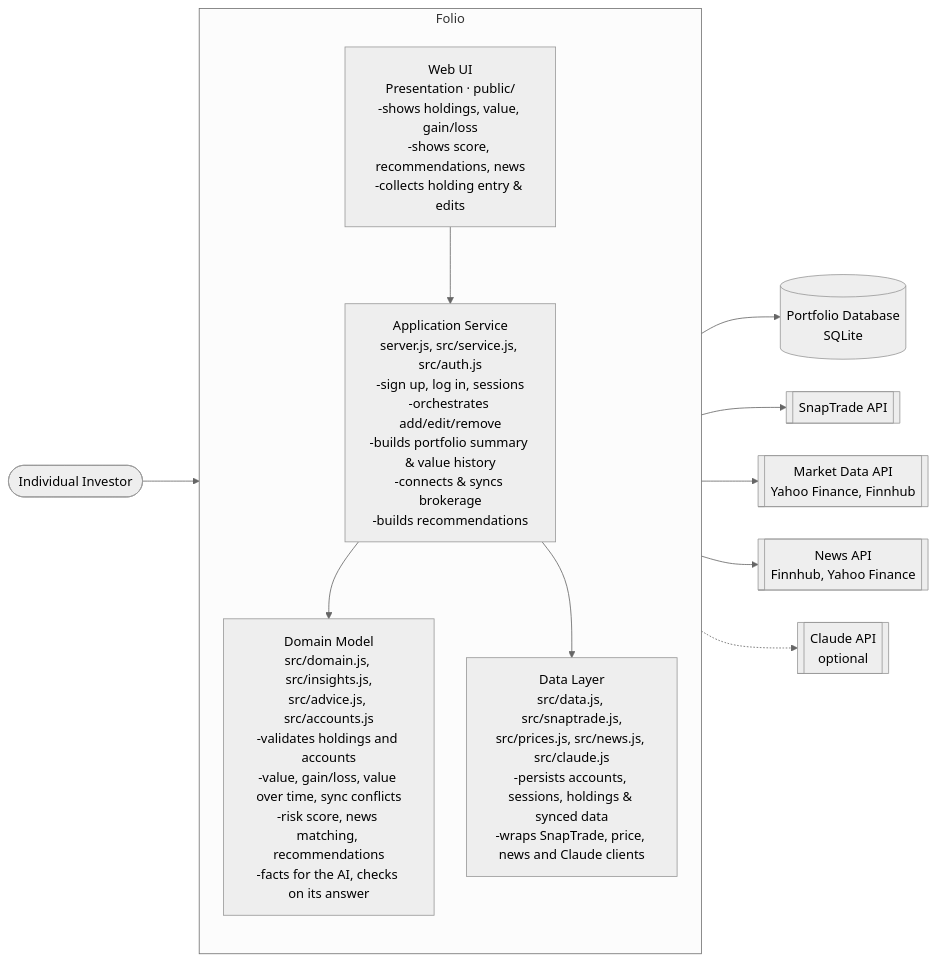
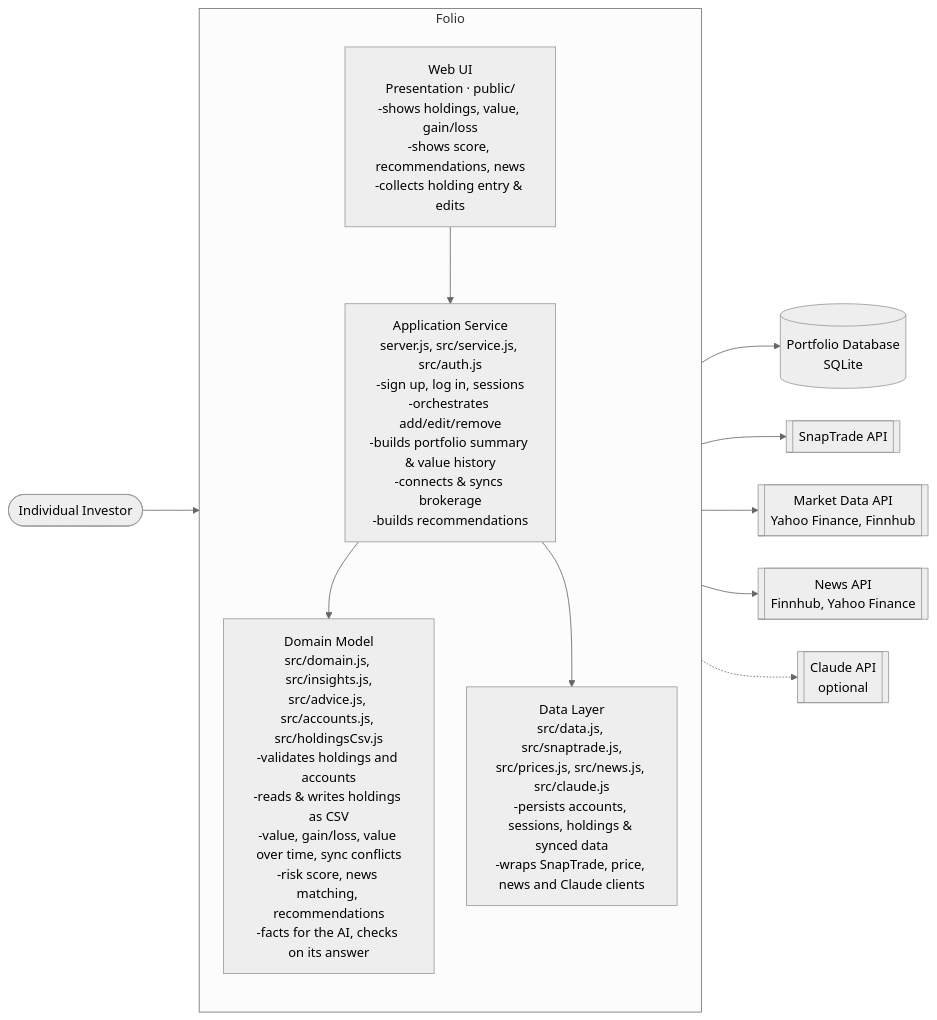
Before and after one commit to dquin144/cen5064-project-quinones: the second of 5 diagrams in README.md, drawn with Mermaid (neutral theme). The commit also changed other lines of this file and 6 other files, not shown here.

First line of the commit message:
Import and export holdings as CSV

````diff
--- a/README.md
+++ b/README.md
@@ -200,28 +210,28 @@
 ```mermaid
 %%{init: {'flowchart': {'nodeSpacing': 40, 'rankSpacing': 70, 'curve': 'basis'}}}%%
 flowchart LR
     user([Individual Investor])
 
     subgraph System [Folio]
         direction TB
         ui[Web UI<br/>Presentation · public/<br/>-shows holdings, value, gain/loss<br/>-shows score, recommendations, news<br/>-collects holding entry & edits]
         service[Application Service<br/>server.js, src/service.js, src/auth.js<br/>-sign up, log in, sessions<br/>-orchestrates add/edit/remove<br/>-builds portfolio summary & value history<br/>-connects & syncs brokerage<br/>-builds recommendations]
-        domain[Domain Model<br/>src/domain.js, src/insights.js,<br/>src/advice.js, src/accounts.js<br/>-validates holdings and accounts<br/>-value, gain/loss, value over time, sync conflicts<br/>-risk score, news matching, recommendations<br/>-facts for the AI, checks on its answer]
+        domain[Domain Model<br/>src/domain.js, src/insights.js,<br/>src/advice.js, src/accounts.js, src/holdingsCsv.js<br/>-validates holdings and accounts<br/>-reads & writes holdings as CSV<br/>-value, gain/loss, value over time, sync conflicts<br/>-risk score, news matching, recommendations<br/>-facts for the AI, checks on its answer]
         data[Data Layer<br/>src/data.js, src/snaptrade.js,<br/>src/prices.js, src/news.js, src/claude.js<br/>-persists accounts, sessions, holdings & synced data<br/>-wraps SnapTrade, price, news and Claude clients]
         ui --> service --> domain
         service --> data
     end
 
     db[(Portfolio Database<br/>SQLite)]
     snaptrade[[SnapTrade API]]
     market[[Market Data API<br/>Yahoo Finance, Finnhub]]
     news[[News API<br/>Finnhub, Yahoo Finance]]
     llm[[Claude API<br/>optional]]
 
     user --> ui
     data --> db
     data --> snaptrade
     data --> market
     data --> news
     data -.-> llm
 ```
````
